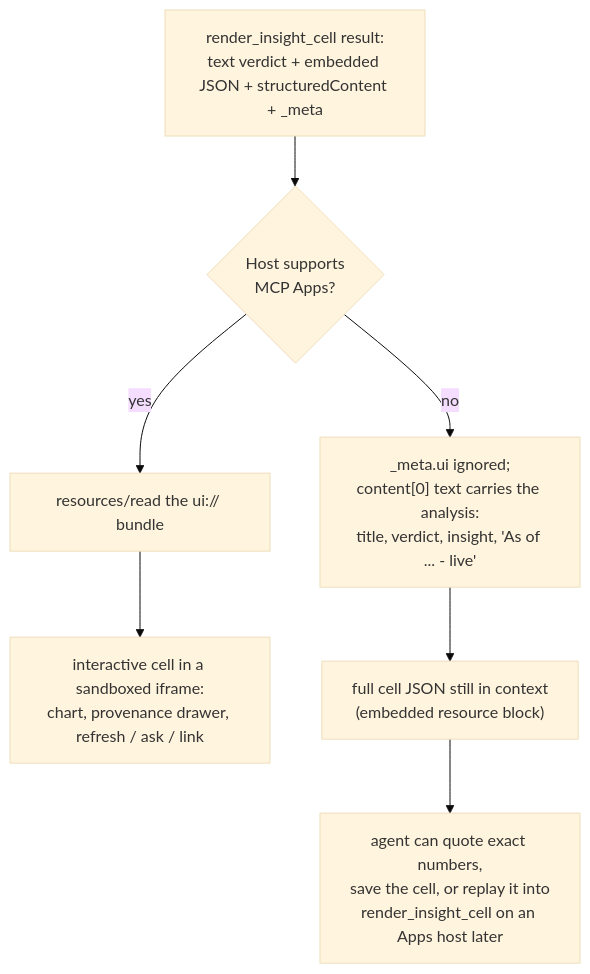
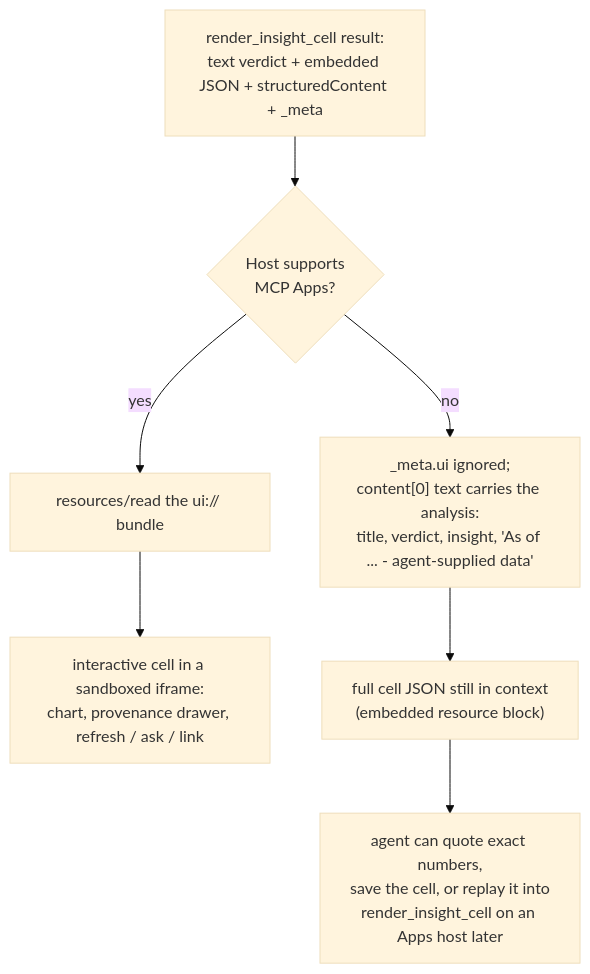
Before and after one commit to grafana/mcp-grafana: the third of 4 diagrams in docs/mcp-apps.md, drawn with Mermaid (base theme). The commit also changed other lines of this file and 4 other files, not shown here.

First line of the commit message:
feat(insight-cell): dataMode 'agent-supplied' | 'synthesized' replaces 'live' | 'mock'

````diff
--- a/docs/mcp-apps.md
+++ b/docs/mcp-apps.md
@@ -224,9 +227,9 @@
 ```mermaid
 flowchart TD
     R["render_insight_cell result:<br/>text verdict + embedded JSON + structuredContent + _meta"] --> Q{Host supports<br/>MCP Apps?}
     Q -- yes --> F["resources/read the ui:// bundle"]
     F --> I["interactive cell in a sandboxed iframe:<br/>chart, provenance drawer, refresh / ask / link"]
-    Q -- no --> T["_meta.ui ignored;<br/>content[0] text carries the analysis:<br/>title, verdict, insight, 'As of ... - live'"]
+    Q -- no --> T["_meta.ui ignored;<br/>content[0] text carries the analysis:<br/>title, verdict, insight, 'As of ... - agent-supplied data'"]
     T --> J["full cell JSON still in context<br/>(embedded resource block)"]
     J --> P["agent can quote exact numbers,<br/>save the cell, or replay it into<br/>render_insight_cell on an Apps host later"]
 ```
````
